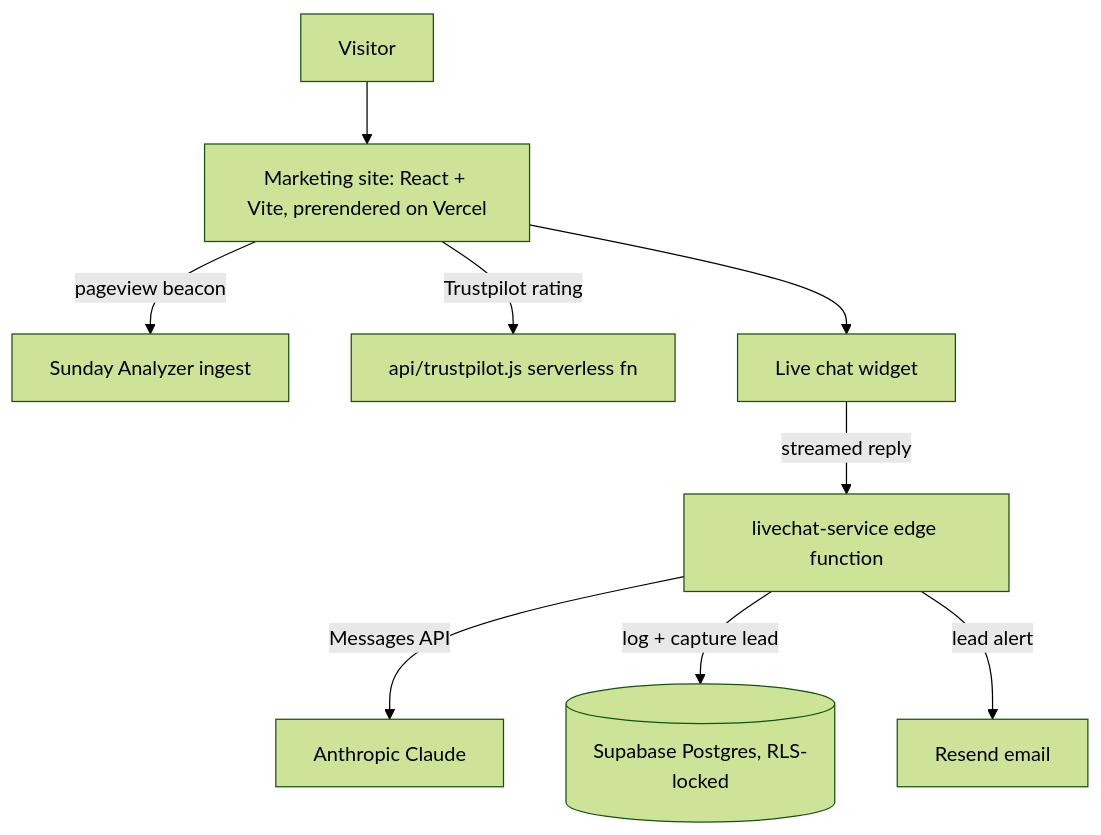
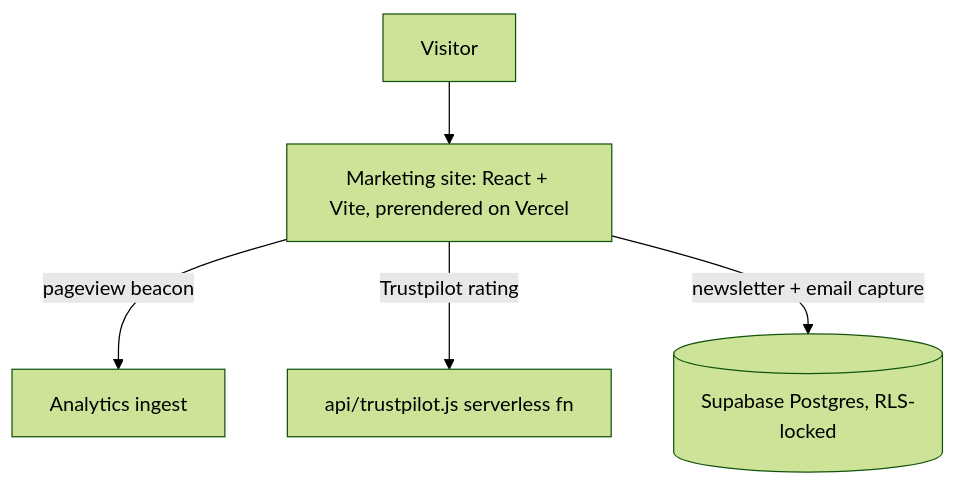
The diagram in README.md (TaylorURL/taylorurl-com), drawn with Mermaid (forest theme) before and after one commit. The commit also changed other lines of this file and 21 other files, not shown here.

First line of the commit message:
Remove live-chat widget and Sunday Analyzer

````diff
--- a/README.md
+++ b/README.md
@@ -88,11 +82,7 @@
 ```mermaid
 flowchart TD
     V["Visitor"] --> Site["Marketing site: React + Vite, prerendered on Vercel"]
-    Site -->|"pageview beacon"| SA["Sunday Analyzer ingest"]
+    Site -->|"pageview beacon"| SA["Analytics ingest"]
     Site -->|"Trustpilot rating"| TP["api/trustpilot.js serverless fn"]
-    Site --> Chat["Live chat widget"]
-    Chat -->|"streamed reply"| Fn["livechat-service edge function"]
-    Fn -->|"Messages API"| AI["Anthropic Claude"]
-    Fn -->|"log + capture lead"| DB[("Supabase Postgres, RLS-locked")]
-    Fn -->|"lead alert"| Mail["Resend email"]
+    Site -->|"newsletter + email capture"| DB[("Supabase Postgres, RLS-locked")]
 ```
````
